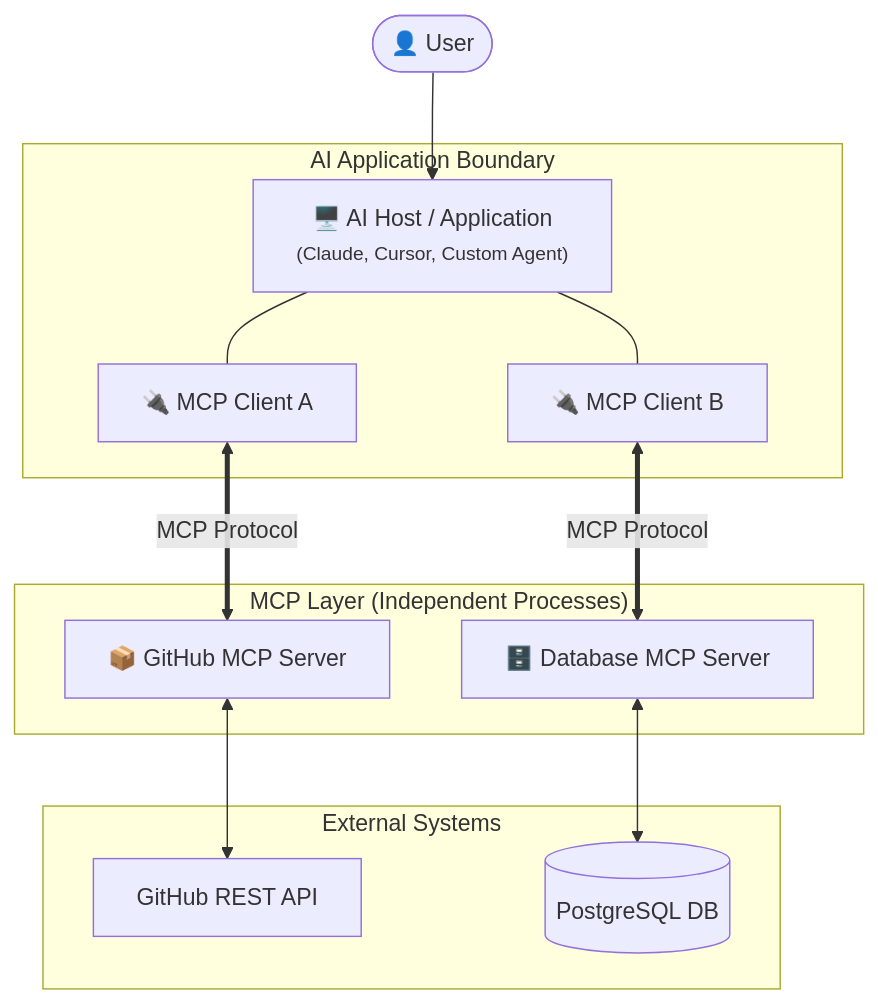
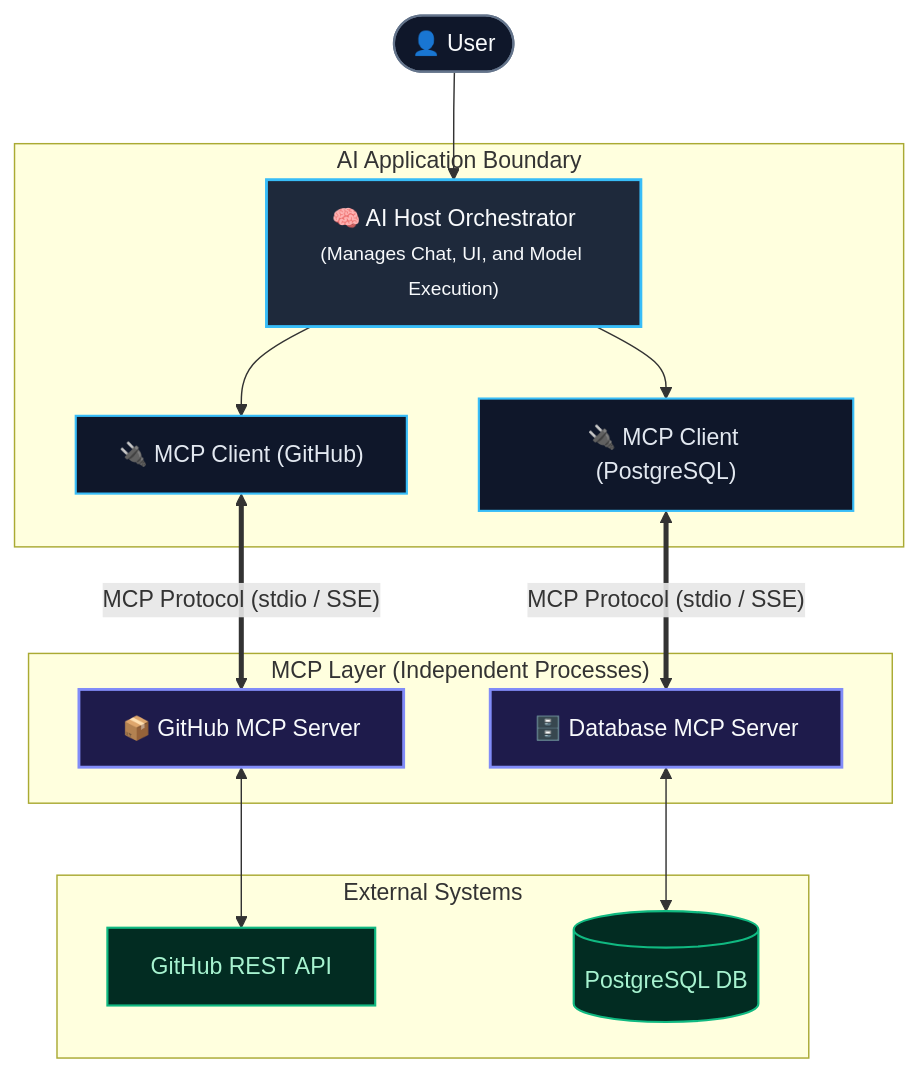
The third of 6 diagrams in content/blog/what_is_mcp_and_why_do_we_need_it.mdx (Magnificent-steiner0/Magnificent-steiner0.github.io), drawn with Mermaid before and after one commit. The commit also changed other lines of this file and 5 other files, not shown here.

````diff
--- a/content/blog/what_is_mcp_and_why_do_we_need_it.mdx
+++ b/content/blog/what_is_mcp_and_why_do_we_need_it.mdx
@@ -123,28 +135,34 @@
 ```mermaid
 flowchart TB
-    User([👤 User]) --> Host["🖥️ AI Host / Application<br/><small>(Claude, Cursor, Custom Agent)</small>"]
+    classDef user fill:#0f172a,stroke:#64748b,stroke-width:1.5px,color:#f8fafc
+    classDef host fill:#1e293b,stroke:#38bdf8,stroke-width:2px,color:#f8fafc
+    classDef client fill:#0f172a,stroke:#38bdf8,stroke-width:1.5px,color:#e2e8f0
+    classDef server fill:#1e1b4b,stroke:#818cf8,stroke-width:2px,color:#f8fafc
+    classDef ext fill:#022c22,stroke:#10b981,stroke-width:1.5px,color:#a7f3d0
+
+    User([👤 User]):::user --> Host
 
     subgraph HostApp ["AI Application Boundary"]
-        Host
-        Client1["🔌 MCP Client A"]
-        Client2["🔌 MCP Client B"]
-        Host --- Client1
-        Host --- Client2
+        Host["🧠 AI Host Orchestrator<br/><small>(Manages Chat, UI, and Model Execution)</small>"]:::host
+        Client1["🔌 MCP Client (GitHub)"]:::client
+        Client2["🔌 MCP Client (PostgreSQL)"]:::client
+        Host --> Client1
+        Host --> Client2
     end
 
     subgraph Servers ["MCP Layer (Independent Processes)"]
-        Server1["📦 GitHub MCP Server"]
-        Server2["🗄️ Database MCP Server"]
+        Server1["📦 GitHub MCP Server"]:::server
+        Server2["🗄️ Database MCP Server"]:::server
     end
 
     subgraph Systems ["External Systems"]
-        GH["GitHub REST API"]
-        DB[("PostgreSQL DB")]
+        GH["GitHub REST API"]:::ext
+        DB[("PostgreSQL DB")]:::ext
     end
 
-    Client1 <==>|MCP Protocol| Server1
-    Client2 <==>|MCP Protocol| Server2
+    Client1 <==>|"MCP Protocol (stdio / SSE)"| Server1
+    Client2 <==>|"MCP Protocol (stdio / SSE)"| Server2
 
     Server1 <--> GH
     Server2 <--> DB
 ```
````
